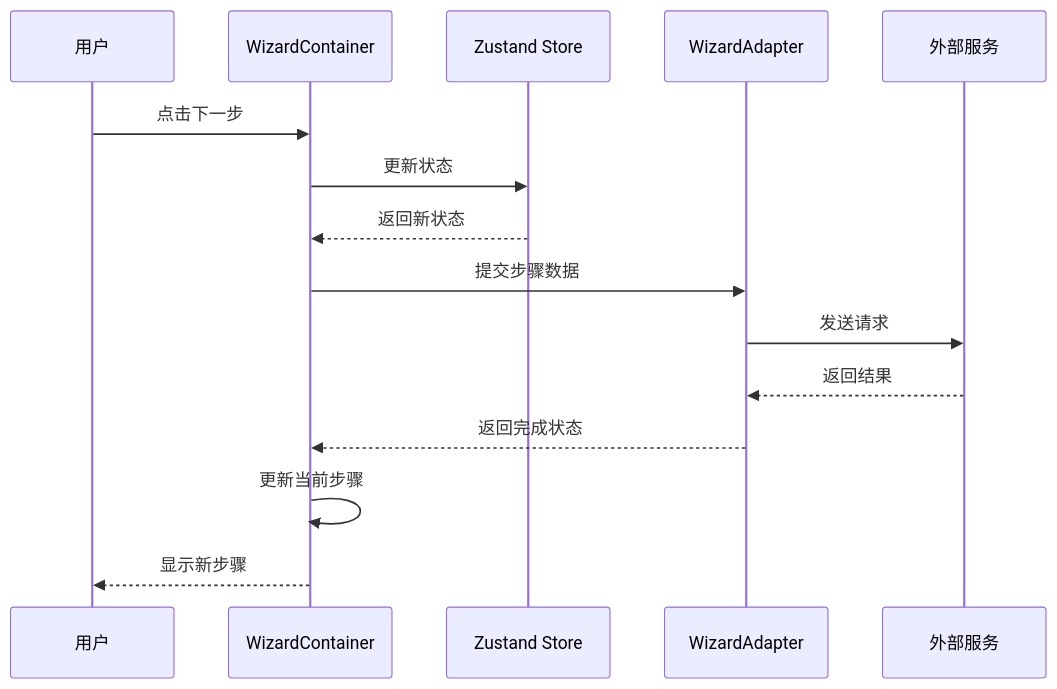
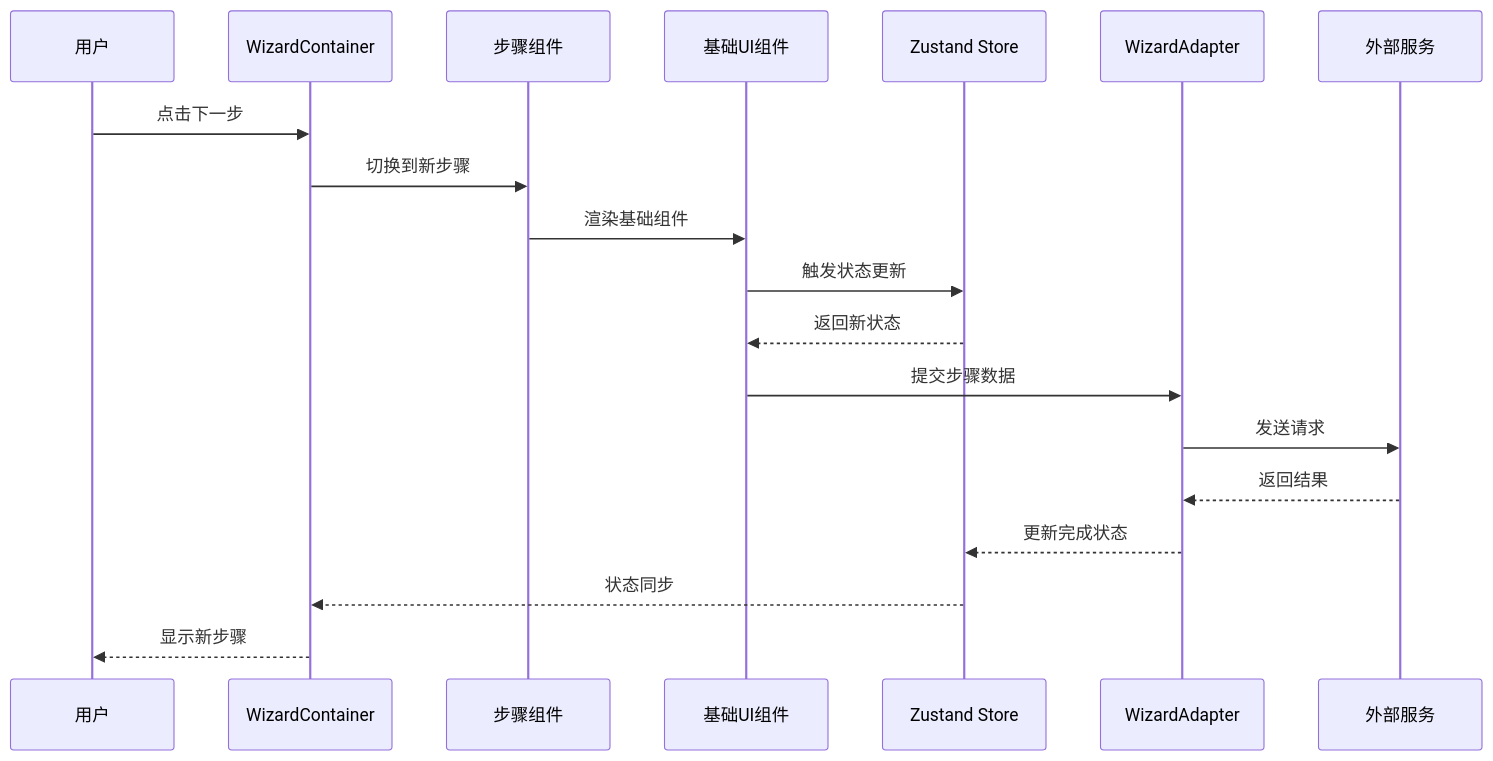
The fourth of 12 diagrams in .qoder/repowiki/zh/content/设置向导UI组件.md (verse-ai-org/openclaw), drawn with Mermaid before and after one commit. The commit also changed other lines of this file and 78 other files, not shown here.

````diff
--- a/.qoder/repowiki/zh/content/设置向导UI组件.md
+++ b/.qoder/repowiki/zh/content/设置向导UI组件.md
@@ -160,17 +283,21 @@
 ```mermaid
 sequenceDiagram
 participant User as 用户
 participant Wizard as WizardContainer
+participant Steps as 步骤组件
+participant UIComponents as 基础UI组件
 participant Store as Zustand Store
 participant Adapter as WizardAdapter
 participant API as 外部服务
 User->>Wizard : 点击下一步
-Wizard->>Store : 更新状态
-Store-->>Wizard : 返回新状态
-Wizard->>Adapter : 提交步骤数据
+Wizard->>Steps : 切换到新步骤
+Steps->>UIComponents : 渲染基础组件
+UIComponents->>Store : 触发状态更新
+Store-->>UIComponents : 返回新状态
+UIComponents->>Adapter : 提交步骤数据
 Adapter->>API : 发送请求
 API-->>Adapter : 返回结果
-Adapter-->>Wizard : 返回完成状态
-Wizard->>Wizard : 更新当前步骤
+Adapter-->>Store : 更新完成状态
+Store-->>Wizard : 状态同步
 Wizard-->>User : 显示新步骤
 ```
````
